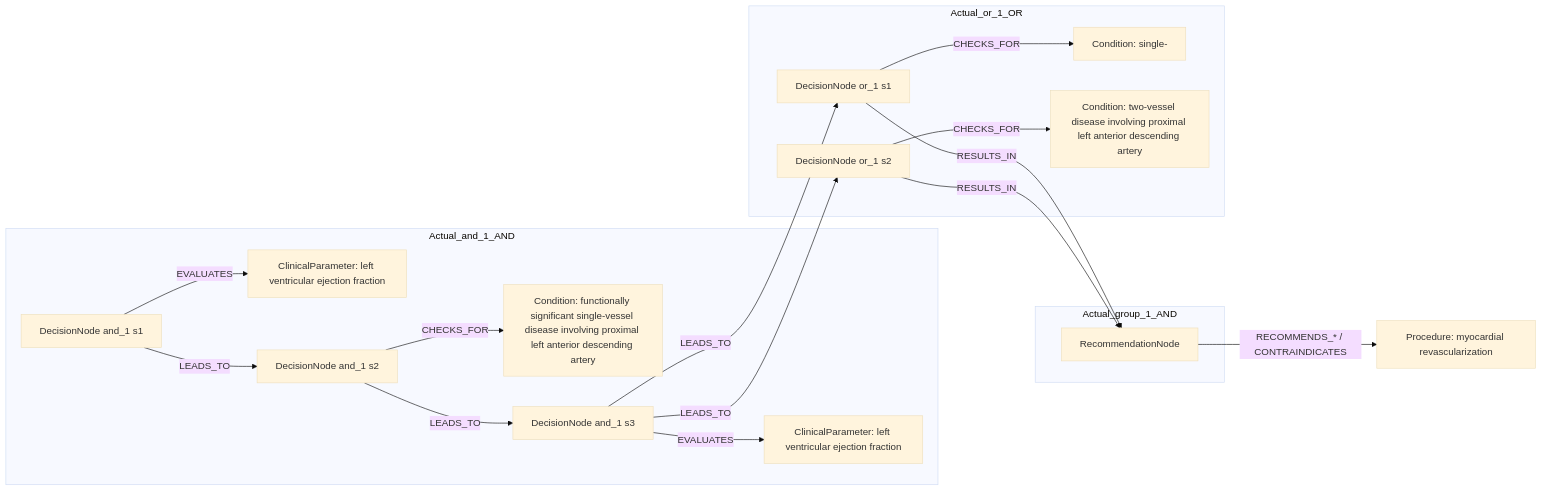
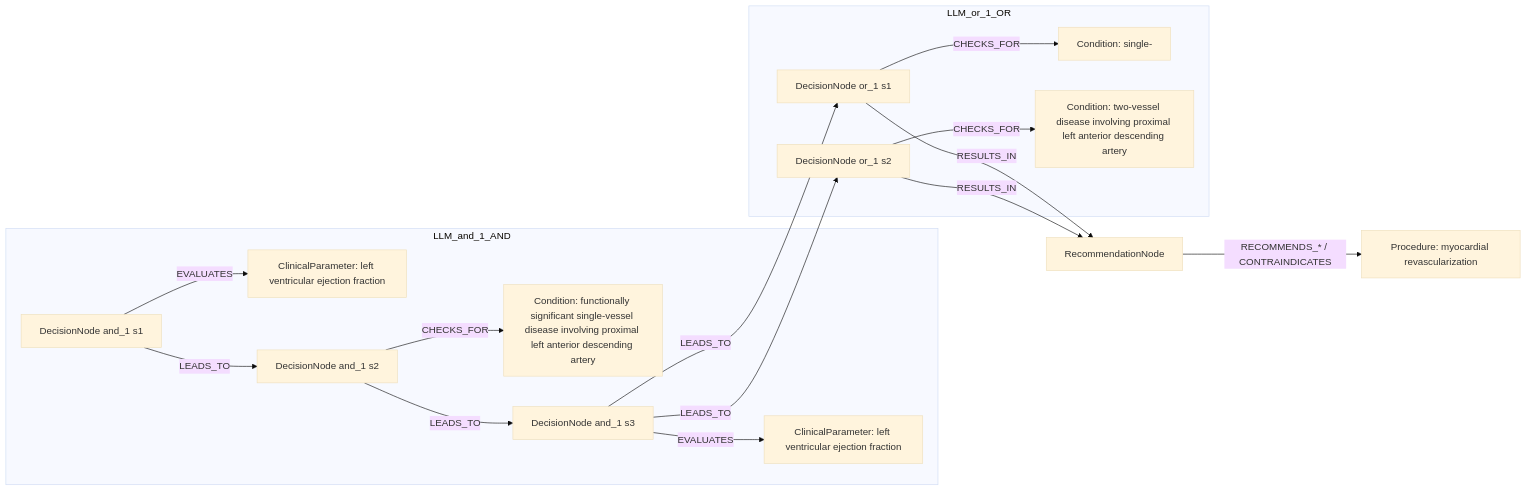
The second of 2 diagrams in docs/table22_rows/row_10.md (dieterich-lab/CardioGuidelinesGraph), drawn with Mermaid (base theme) before and after one commit. The commit also changed other lines of this file and 18 other files, not shown here.

Commit message:
Adjust mermaid for conditions/actions

````diff
--- a/docs/table22_rows/row_10.md
+++ b/docs/table22_rows/row_10.md
@@ -225,34 +222,31 @@
 ```mermaid
 graph LR
   REC[RecommendationNode]
   ACT1[Procedure: myocardial revascularization]
   REC -->|RECOMMENDS_* / CONTRAINDICATES| ACT1
-  subgraph Actual_and_1_AND
+  subgraph LLM_and_1_AND
     D_and_1_1[DecisionNode and_1 s1]
     C_and_1_1[ClinicalParameter: left ventricular ejection fraction]
     D_and_1_1 -->|EVALUATES| C_and_1_1
     D_and_1_2[DecisionNode and_1 s2]
     C_and_1_2[Condition: functionally significant single-vessel disease involving proximal left anterior descending artery]
     D_and_1_2 -->|CHECKS_FOR| C_and_1_2
     D_and_1_3[DecisionNode and_1 s3]
     C_and_1_3[ClinicalParameter: left ventricular ejection fraction]
     D_and_1_3 -->|EVALUATES| C_and_1_3
     D_and_1_1 -->|LEADS_TO| D_and_1_2
     D_and_1_2 -->|LEADS_TO| D_and_1_3
   end
-  subgraph Actual_group_1_AND
-    REC
-  end
-  subgraph Actual_or_1_OR
+  subgraph LLM_or_1_OR
     D_or_1_1[DecisionNode or_1 s1]
     C_or_1_1[Condition: single-]
     D_or_1_1 -->|CHECKS_FOR| C_or_1_1
     D_or_1_2[DecisionNode or_1 s2]
     C_or_1_2[Condition: two-vessel disease involving proximal left anterior descending artery]
     D_or_1_2 -->|CHECKS_FOR| C_or_1_2
     D_and_1_3 -->|LEADS_TO| D_or_1_1
     D_and_1_3 -->|LEADS_TO| D_or_1_2
   end
   D_or_1_1 -->|RESULTS_IN| REC
   D_or_1_2 -->|RESULTS_IN| REC
 ```
````
